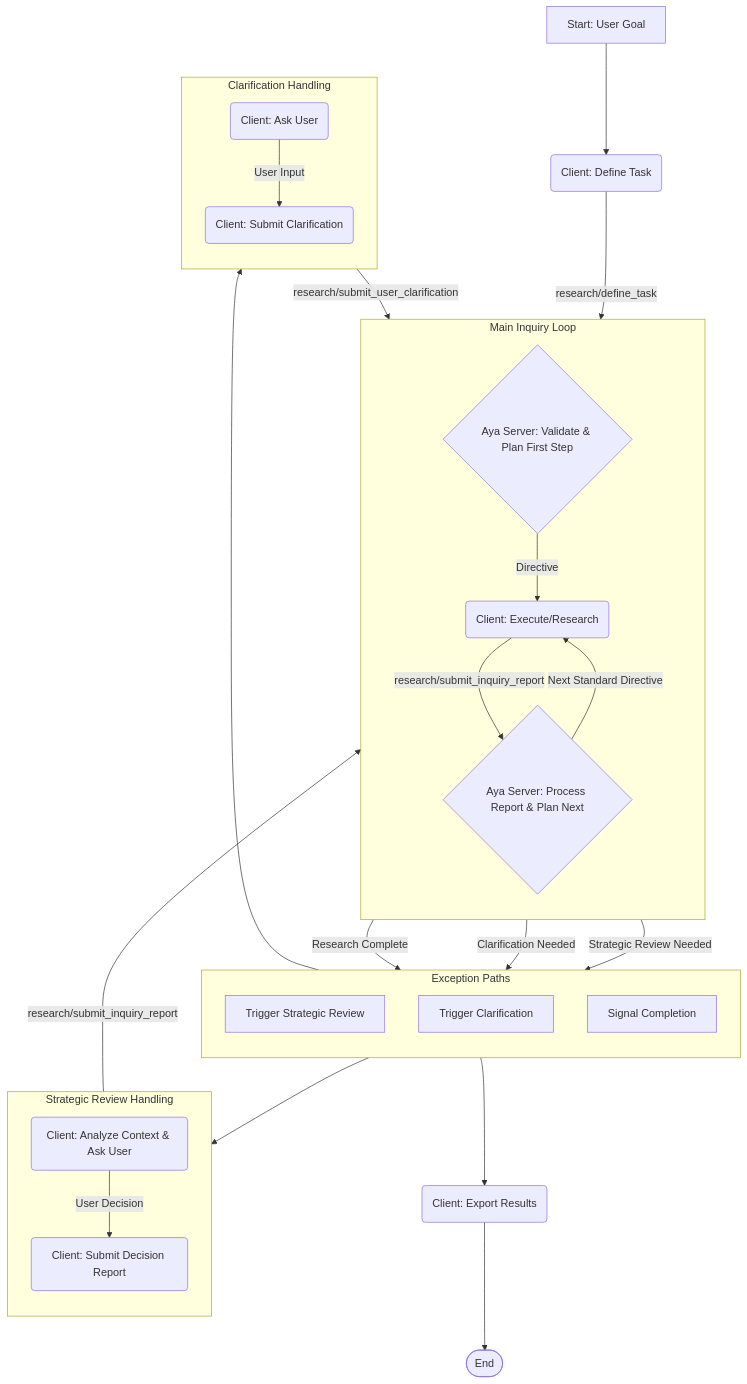
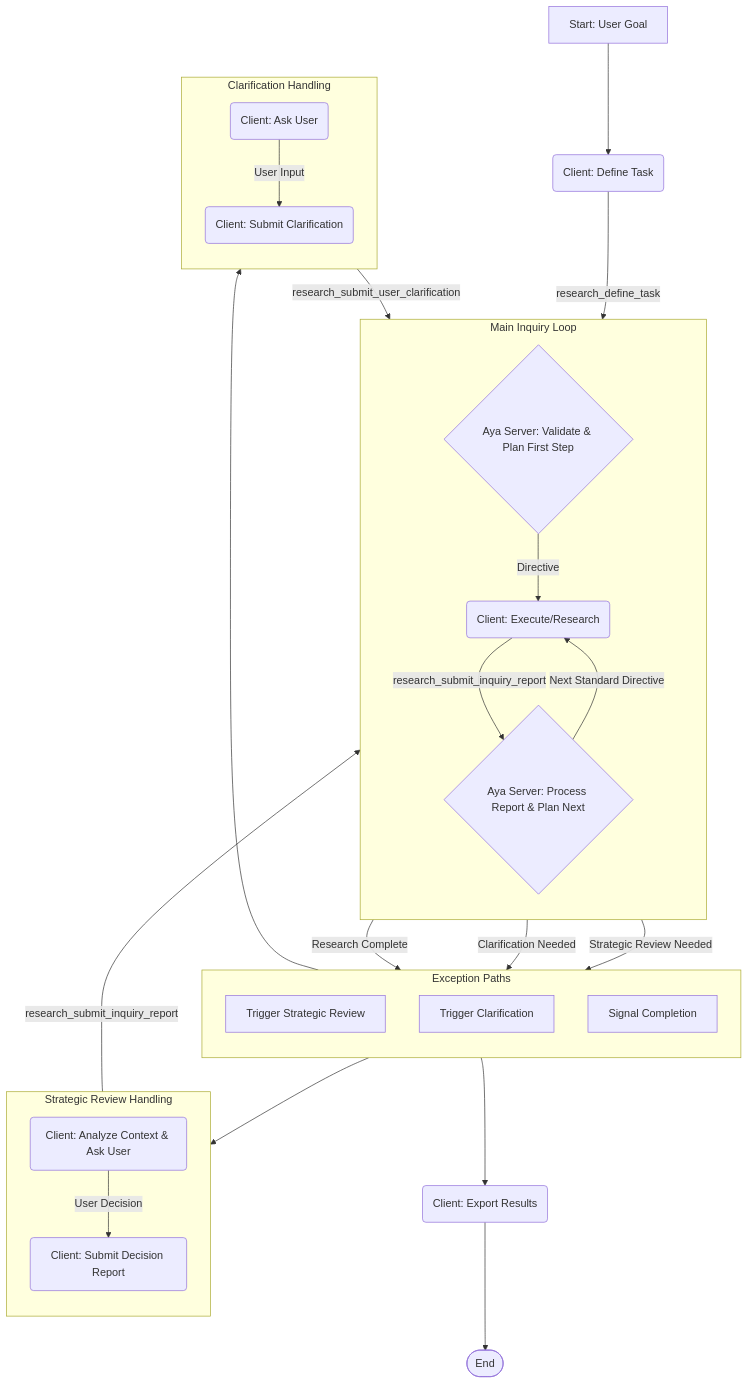
One commit to MindsightsAI/aya-tabular-research changed the diagram in README.md. Above: the diagram before and after it, drawn with Mermaid. The commit also changed other lines of this file and 12 other files, not shown here.

````diff
--- a/README.md
+++ b/README.md
@@ -42,36 +42,36 @@
 ```mermaid
 graph TD
     A[Start: User Goal] --> B(Client: Define Task);
-    B -- research/define_task --> C{Aya Server: Validate & Plan First Step};
+    B -- research_define_task --> C{Aya Server: Validate & Plan First Step};
 
     subgraph "Main Inquiry Loop"
         direction TB
         C -- Directive --> D(Client: Execute/Research);
-        D -- research/submit_inquiry_report --> E{Aya Server: Process Report & Plan Next};
+        D -- research_submit_inquiry_report --> E{Aya Server: Process Report & Plan Next};
         E -- Next Standard Directive --> D;
     end
 
     subgraph "Exception Paths"
         direction TB
         E -- Strategic Review Needed --> F[Trigger Strategic Review];
         E -- Clarification Needed --> G[Trigger Clarification];
         E -- Research Complete --> H[Signal Completion];
     end
 
     subgraph "Strategic Review Handling"
         direction TB
         F --> SR1(Client: Analyze Context & Ask User);
         SR1 -- User Decision --> SR2(Client: Submit Decision Report);
-        SR2 -- research/submit_inquiry_report --> E;
+        SR2 -- research_submit_inquiry_report --> E;
     end
 
     subgraph "Clarification Handling"
         direction TB
         G --> CL1(Client: Ask User);
         CL1 -- User Input --> CL2(Client: Submit Clarification);
-        CL2 -- research/submit_user_clarification --> E;
+        CL2 -- research_submit_user_clarification --> E;
     end
 
     H --> I(Client: Export Results);
     I --> J([End]);
 ```
````
